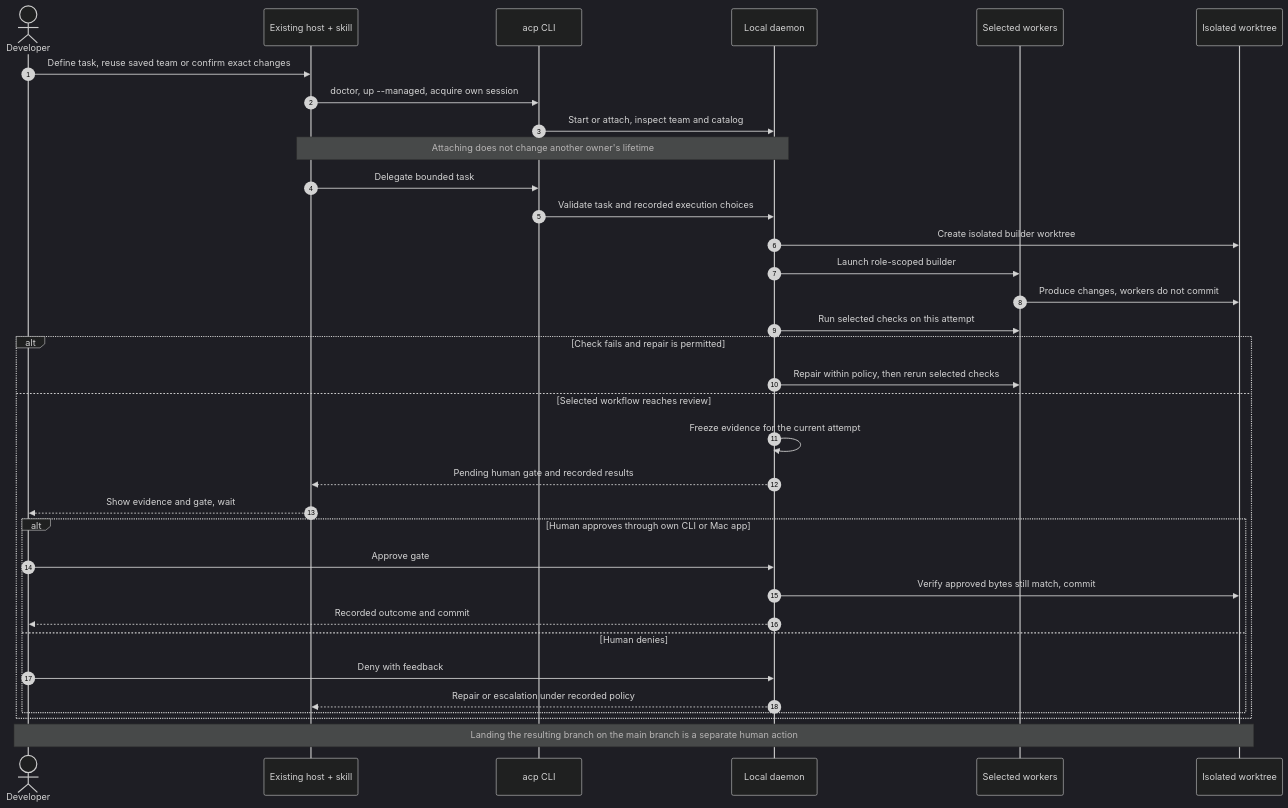
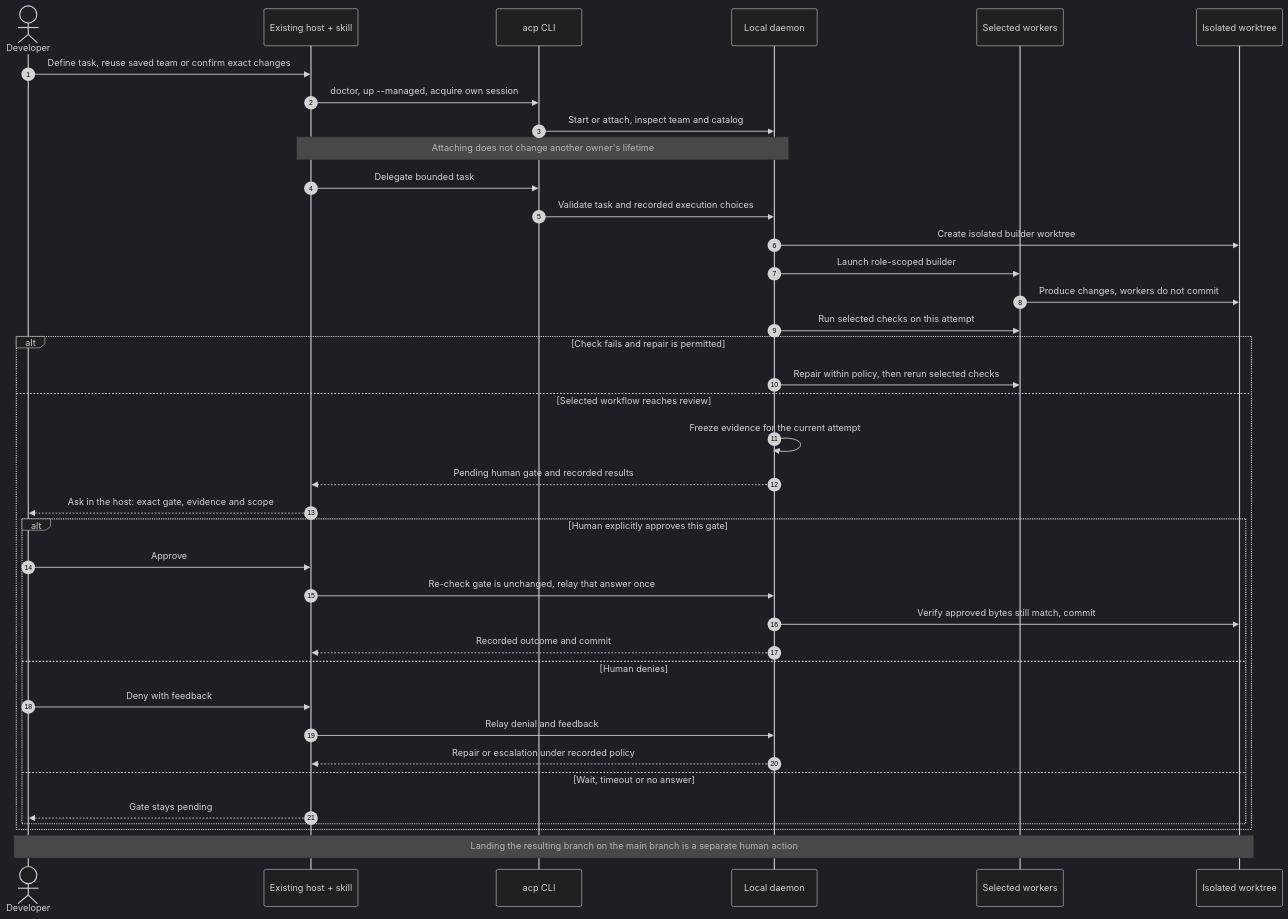
The second of 2 diagrams in README.md (Vvlladd/acp-plugin), drawn with Mermaid (dark theme) before and after one commit. The commit also changed other lines of this file and 8 other files, not shown here.

First line of the commit message:
acp: plugin-2-native-human-approval: Host-native human integration confi

````diff
--- a/README.md
+++ b/README.md
@@ -107,36 +107,40 @@
 ```mermaid
 sequenceDiagram
     autonumber
     actor Human as Developer
     participant Host as Existing host + skill
     participant CLI as acp CLI
     participant ACP as Local daemon
     participant Workers as Selected workers
     participant Git as Isolated worktree
     Human->>Host: Define task, reuse saved team or confirm exact changes
     Host->>CLI: doctor, up --managed, acquire own session
     CLI->>ACP: Start or attach, inspect team and catalog
     Note over Host,ACP: Attaching does not change another owner's lifetime
     Host->>CLI: Delegate bounded task
     CLI->>ACP: Validate task and recorded execution choices
     ACP->>Git: Create isolated builder worktree
     ACP->>Workers: Launch role-scoped builder
     Workers->>Git: Produce changes, workers do not commit
     ACP->>Workers: Run selected checks on this attempt
     alt Check fails and repair is permitted
         ACP->>Workers: Repair within policy, then rerun selected checks
     else Selected workflow reaches review
         ACP->>ACP: Freeze evidence for the current attempt
         ACP-->>Host: Pending human gate and recorded results
-        Host-->>Human: Show evidence and gate, wait
-        alt Human approves through own CLI or Mac app
-            Human->>ACP: Approve gate
+        Host-->>Human: Ask in the host: exact gate, evidence and scope
+        alt Human explicitly approves this gate
+            Human->>Host: Approve
+            Host->>ACP: Re-check gate is unchanged, relay that answer once
             ACP->>Git: Verify approved bytes still match, commit
-            ACP-->>Human: Recorded outcome and commit
+            ACP-->>Host: Recorded outcome and commit
         else Human denies
-            Human->>ACP: Deny with feedback
+            Human->>Host: Deny with feedback
+            Host->>ACP: Relay denial and feedback
             ACP-->>Host: Repair or escalation under recorded policy
+        else Wait, timeout or no answer
+            Host-->>Human: Gate stays pending
         end
     end
     Note over Human,Git: Landing the resulting branch on the main branch is a separate human action
 ```
````
